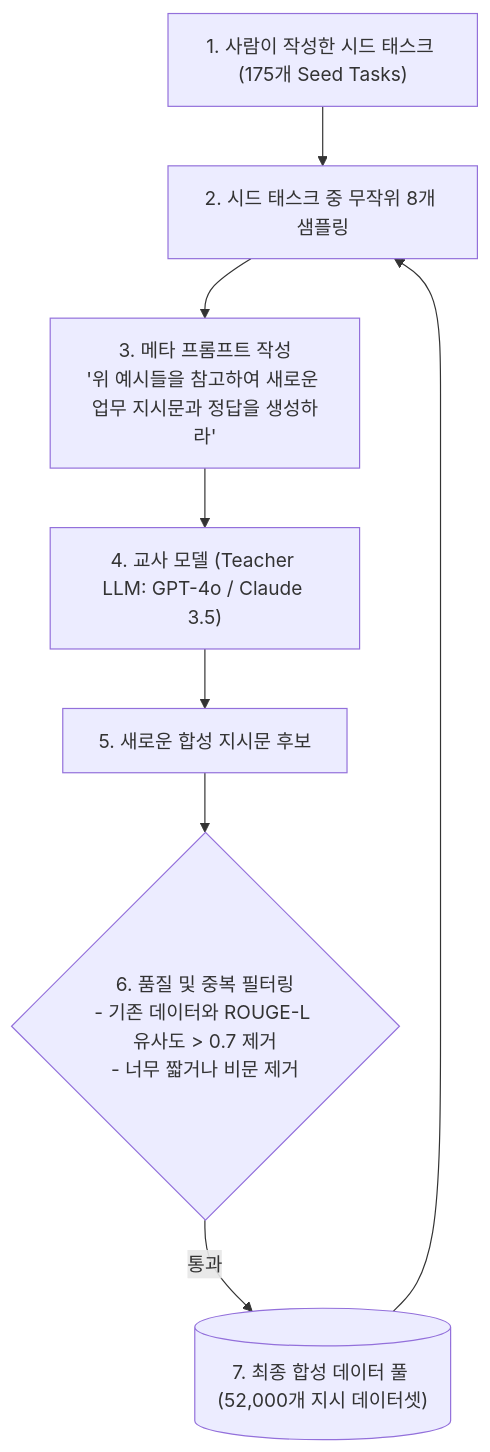
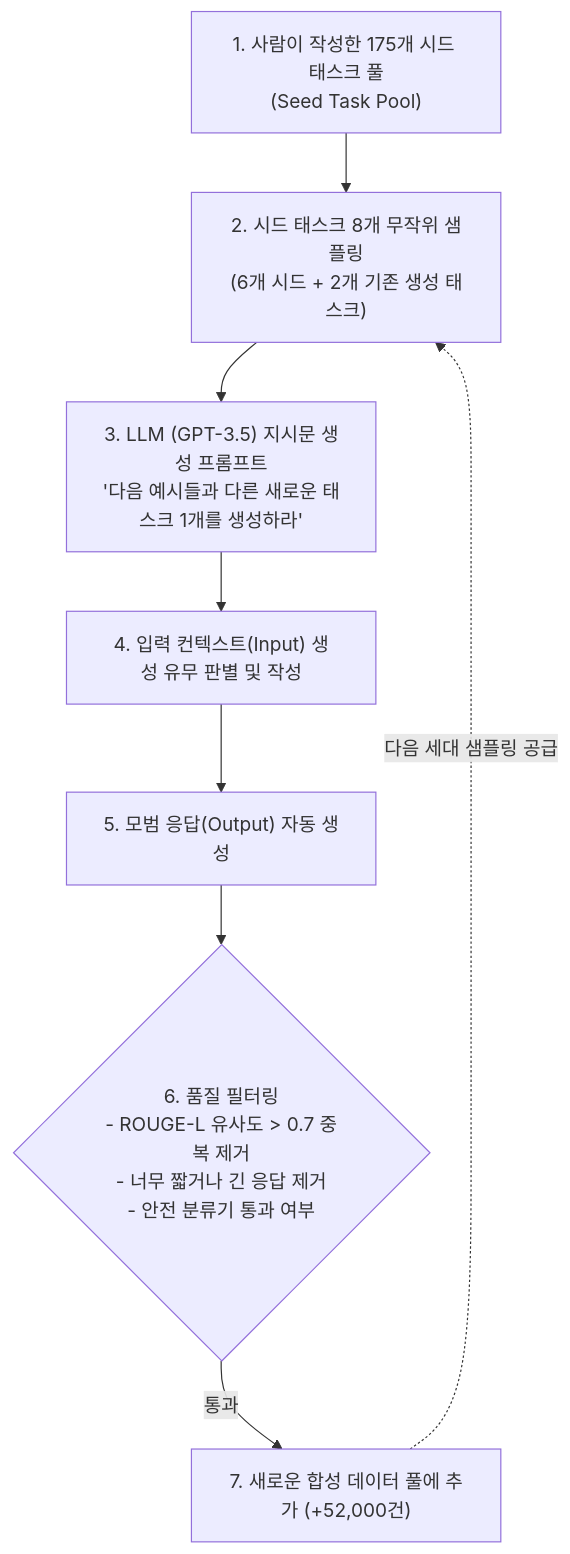
One commit to sing-u8/AI-Engineering changed the second of 3 diagrams in chapter-qa/ch08-datasets-and-data-engineering-qa/02-data-augmentation-and-synthesis.md. Above: the diagram before and after it, drawn with Mermaid. The commit also changed other lines of this file and 11 other files, not shown here.

````diff
--- a/chapter-qa/ch08-datasets-and-data-engineering-qa/02-data-augmentation-and-synthesis.md
+++ b/chapter-qa/ch08-datasets-and-data-engineering-qa/02-data-augmentation-and-synthesis.md
@@ -42,10 +63,10 @@
 ```mermaid
 flowchart TD
-    Seed["1. 사람이 작성한 시드 태스크 (175개 Seed Tasks)"] --> Sample["2. 시드 태스크 중 무작위 8개 샘플링"]
-    Sample --> Prompt["3. 메타 프롬프트 작성\n'위 예시들을 참고하여 새로운 업무 지시문과 정답을 생성하라'"]
-    Prompt --> TeacherLLM["4. 교사 모델 (Teacher LLM: GPT-4o / Claude 3.5)"]
-    TeacherLLM --> Candidate["5. 새로운 합성 지시문 후보"]
-    Candidate --> Filter{"6. 품질 및 중복 필터링\n- 기존 데이터와 ROUGE-L 유사도 > 0.7 제거\n- 너무 짧거나 비문 제거"}
-    Filter -- "통과" --> Pool[("7. 최종 합성 데이터 풀 (52,000개 지시 데이터셋)")]
-    Pool --> Sample
+    Seed["1. 사람이 작성한 175개 시드 태스크 풀\n(Seed Task Pool)"] --> Sample["2. 시드 태스크 8개 무작위 샘플링\n(6개 시드 + 2개 기존 생성 태스크)"]
+    Sample --> Gen["3. LLM (GPT-3.5) 지시문 생성 프롬프트\n'다음 예시들과 다른 새로운 태스크 1개를 생성하라'"]
+    Gen --> InputGen["4. 입력 컨텍스트(Input) 생성 유무 판별 및 작성"]
+    InputGen --> OutputGen["5. 모범 응답(Output) 자동 생성"]
+    OutputGen --> Filter{"6. 품질 필터링\n- ROUGE-L 유사도 > 0.7 중복 제거\n- 너무 짧거나 긴 응답 제거\n- 안전 분류기 통과 여부"}
+    Filter -- 통과 --> Pool["7. 새로운 합성 데이터 풀에 추가 (+52,000건)"]
+    Pool -.->|다음 세대 샘플링 공급| Sample
 ```
````
